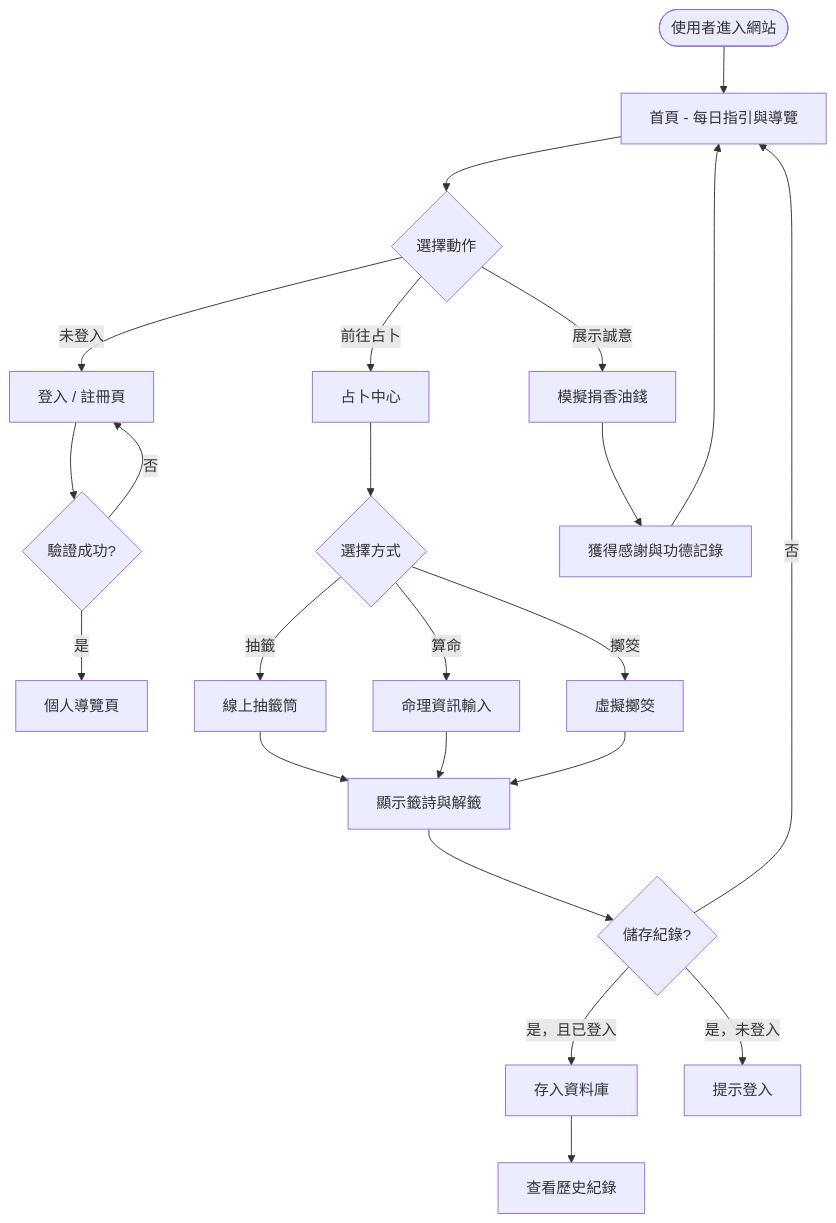
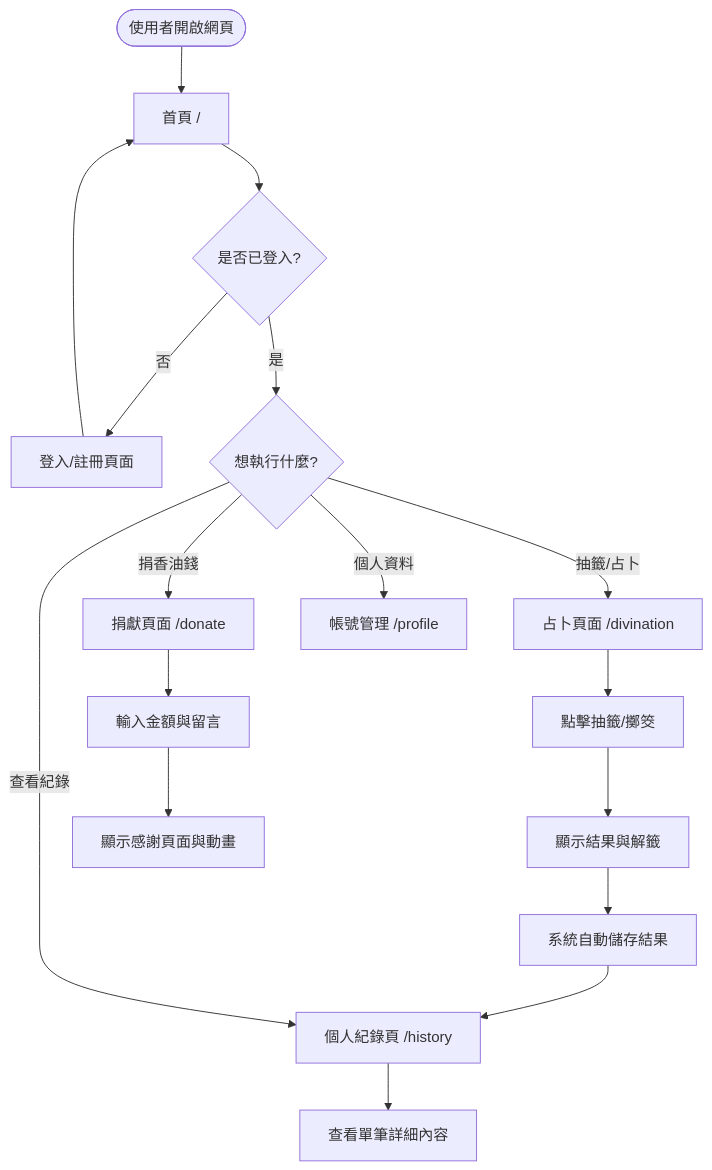
The first of 2 diagrams in web_app_development/docs/FLOWCHART.md (D1419853/web_app_development), drawn with Mermaid before and after one commit. The commit also changed other lines of this file, not shown here.

Commit message:
docs: add user flowchart

````diff
--- a/web_app_development/docs/FLOWCHART.md
+++ b/web_app_development/docs/FLOWCHART.md
@@ -13,31 +13,25 @@
 ```mermaid
 flowchart TD
-    Start([使用者進入網站]) --> Home[首頁 - 每日指引與導覽]
-    Home --> Nav{選擇動作}
-    
-    Nav -->|未登入| Login[登入 / 註冊頁]
-    Login --> Auth{驗證成功?}
-    Auth -->|是| Profile[個人導覽頁]
-    Auth -->|否| Login
-    
-    Nav -->|前往占卜| FortunePool[占卜中心]
-    FortunePool --> Choice{選擇方式}
-    Choice -->|抽籤| Draw[線上抽籤筒]
-    Choice -->|算命| Calculate[命理資訊輸入]
-    Choice -->|擲筊| Toss[虛擬擲筊]
-    
-    Draw --> Result[顯示籤詩與解籤]
-    Calculate --> Result
-    Toss --> Result
-    
-    Result --> Save{儲存紀錄?}
-    Save -->|是，且已登入| HistoryDB[存入資料庫]
-    Save -->|是，未登入| PromptLogin[提示登入]
-    Save -->|否| Home
-    
-    HistoryDB --> HistoryView[查看歷史紀錄]
-    
-    Nav -->|展示誠意| Donate[模擬捐香油錢]
-    Donate --> FinishDonate[獲得感謝與功德記錄]
-    FinishDonate --> Home
+  Start([使用者開啟網頁]) --> Home[首頁 /]
+  Home --> Auth{是否已登入?}
+  
+  Auth -- 否 --> Login[登入/註冊頁面]
+  Login --> Home
+  
+  Auth -- 是 --> Choice{想執行什麼?}
+  
+  Choice -->|抽籤/占卜| Divination[占卜頁面 /divination]
+  Divination --> Perform[點擊抽籤/擲筊]
+  Perform --> Result[顯示結果與解籤]
+  Result --> Save[系統自動儲存結果]
+  Save --> History
+  
+  Choice -->|捐香油錢| Donate[捐獻頁面 /donate]
+  Donate --> Input[輸入金額與留言]
+  Input --> Thanks[顯示感謝頁面與動畫]
+  
+  Choice -->|查看紀錄| History[個人紀錄頁 /history]
+  History --> Detail[查看單筆詳細內容]
+  
+  Choice -->|個人資料| Profile[帳號管理 /profile]
 ```
````
